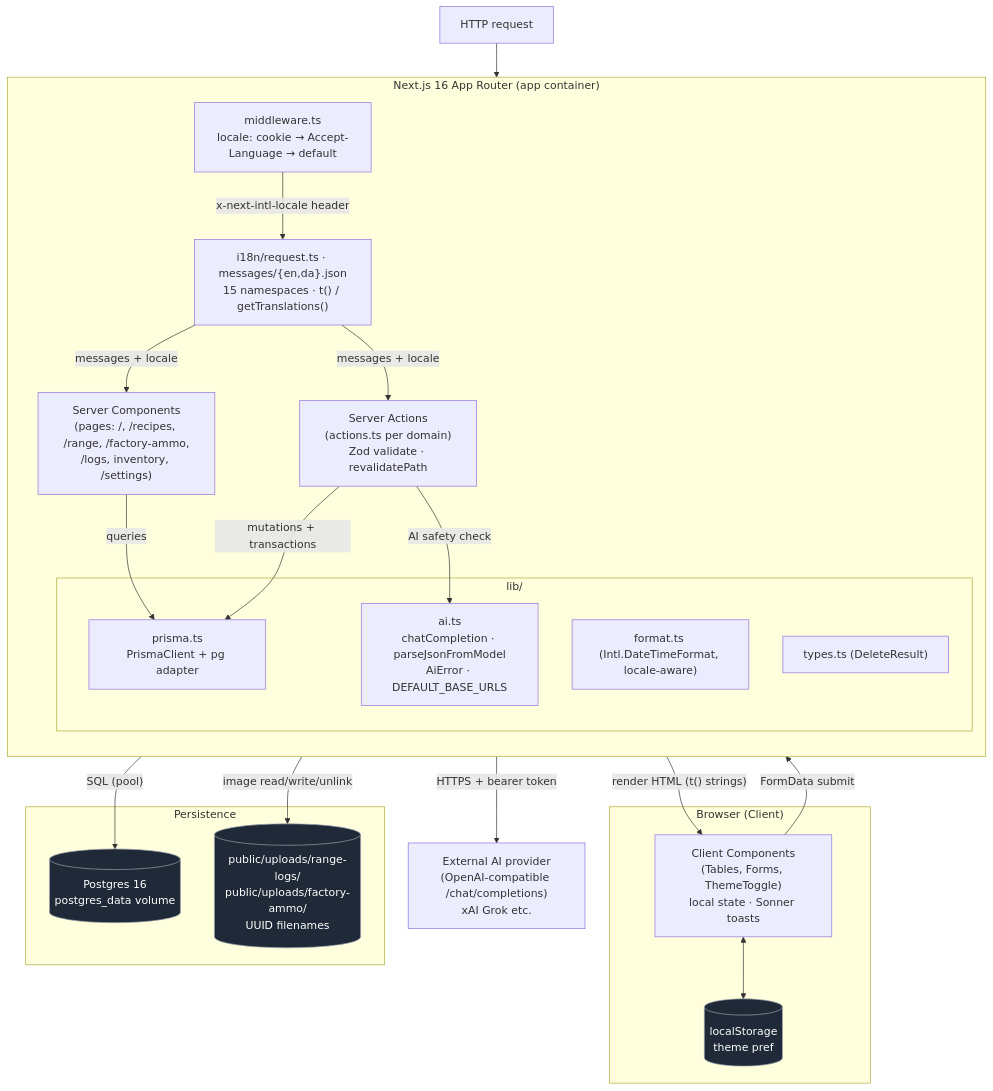
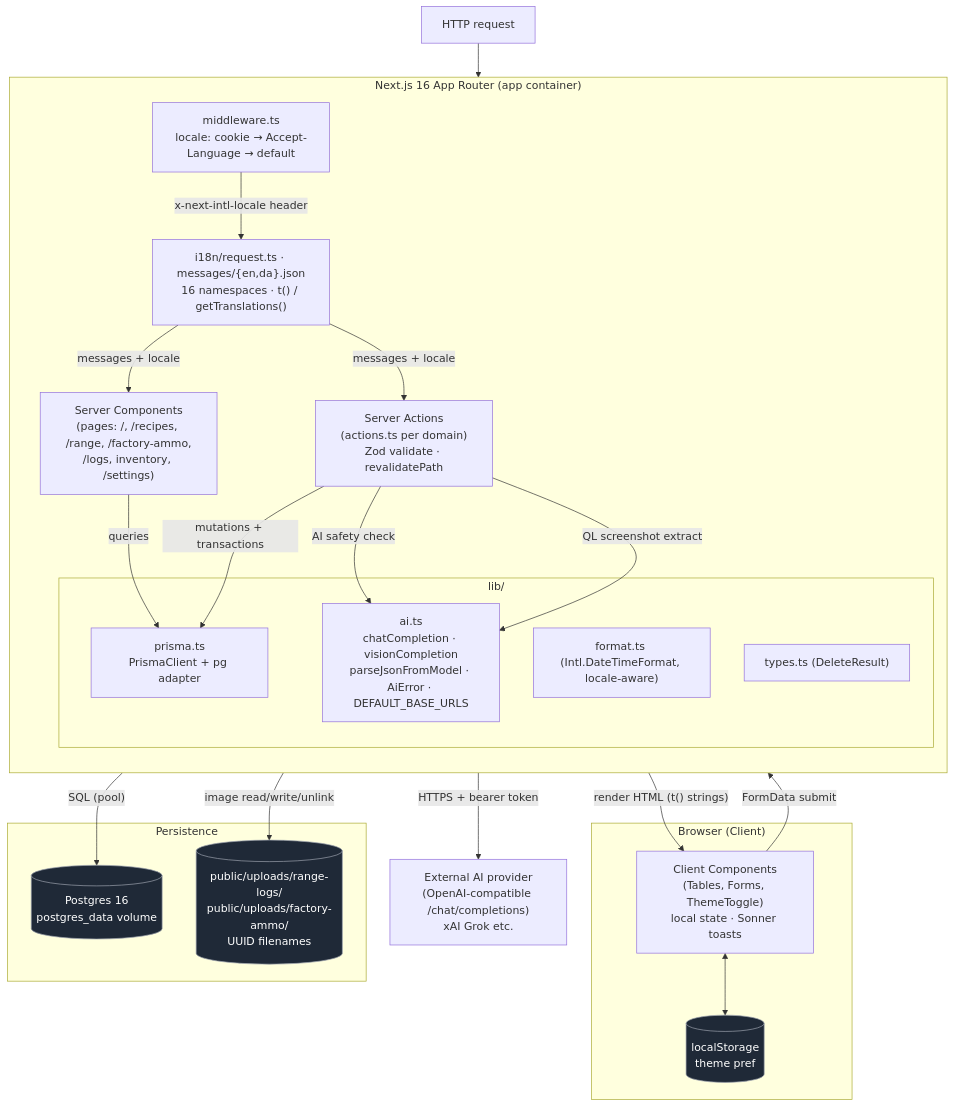
One commit to KennethEgholm/reloading changed the first of 4 diagrams in docs/architecture.md. Above: the diagram before and after it, drawn with Mermaid. The commit also changed other lines of this file and 2 other files, not shown here.

````diff
--- a/docs/architecture.md
+++ b/docs/architecture.md
@@ -7,46 +7,47 @@
 ```mermaid
 graph TB
     subgraph Browser["Browser (Client)"]
         UI["Client Components<br/>(Tables, Forms, ThemeToggle)<br/>local state · Sonner toasts"]
         LS[("localStorage<br/>theme pref")]
     end
 
     subgraph Next["Next.js 16 App Router (app container)"]
         direction TB
         MW["middleware.ts<br/>locale: cookie → Accept-Language → default"]
-        I18N["i18n/request.ts · messages/{en,da}.json<br/>15 namespaces · t() / getTranslations()"]
+        I18N["i18n/request.ts · messages/{en,da}.json<br/>16 namespaces · t() / getTranslations()"]
         SC["Server Components<br/>(pages: /, /recipes, /range, /factory-ammo,<br/>/logs, inventory, /settings)"]
         SA["Server Actions<br/>(actions.ts per domain)<br/>Zod validate · revalidatePath"]
 
         subgraph Lib["lib/"]
             PRISMA["prisma.ts<br/>PrismaClient + pg adapter"]
-            AI["ai.ts<br/>chatCompletion · parseJsonFromModel<br/>AiError · DEFAULT_BASE_URLS"]
+            AI["ai.ts<br/>chatCompletion · visionCompletion<br/>parseJsonFromModel · AiError · DEFAULT_BASE_URLS"]
             FMT["format.ts (Intl.DateTimeFormat, locale-aware)"]
             TYP["types.ts (DeleteResult)"]
         end
     end
 
     subgraph Storage["Persistence"]
         PG[("Postgres 16<br/>postgres_data volume")]
         FILES[("public/uploads/range-logs/<br/>public/uploads/factory-ammo/<br/>UUID filenames")]
     end
 
     EXT["External AI provider<br/>(OpenAI-compatible /chat/completions)<br/>xAI Grok etc."]
 
     REQ["HTTP request"] --> MW
     MW -- "x-next-intl-locale header" --> I18N
     I18N -- "messages + locale" --> SC
     I18N -- "messages + locale" --> SA
     UI -- "FormData submit" --> SA
     SC -- "render HTML (t() strings)" --> UI
     UI <--> LS
     SC -- "queries" --> PRISMA
     SA -- "mutations + transactions" --> PRISMA
     SA -- "image read/write/unlink" --> FILES
     SA -- "AI safety check" --> AI
+    SA -- "QL screenshot extract" --> AI
     AI -- "HTTPS + bearer token" --> EXT
     PRISMA -- "SQL (pool)" --> PG
 
     classDef store fill:#1f2937,stroke:#9ca3af,color:#fff;
     class PG,FILES,LS store;
 ```
````
